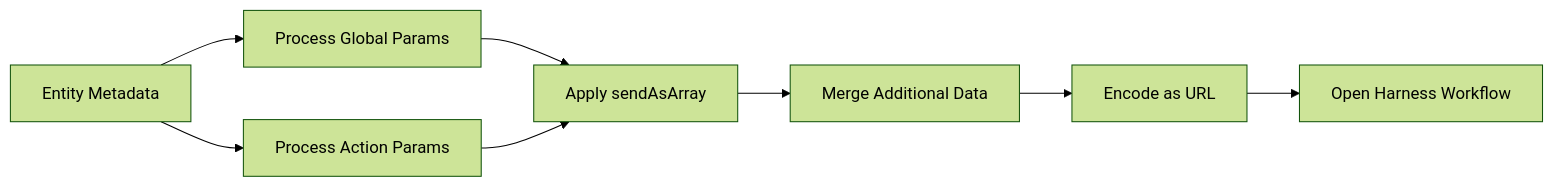
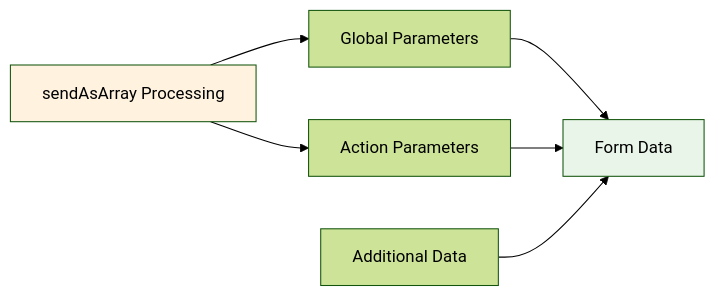
Before and after one commit to adiyaar24/Critical-Operations: the fourth of 4 diagrams in README.md, drawn with Mermaid (forest theme). The commit also changed other lines of this file and 3 other files, not shown here.

First line of the commit message:
feat: Remove legacy workflowUrl support and simplify API (BREAKING CHANGE)

````diff
--- a/README.md
+++ b/README.md
@@ -273,10 +246,12 @@
 ```mermaid
 flowchart LR
-    A[Entity Metadata] --> B[Process Global Params]
-    A --> C[Process Action Params]
-    B --> D[Apply sendAsArray]
-    C --> D
-    D --> E[Merge Additional Data]
-    E --> F[Encode as URL]
-    F --> G[Open Harness Workflow]
+    A[Global Parameters] --> D[Form Data]
+    B[Action Parameters] --> D
+    C[Additional Data] --> D
+    
+    E[sendAsArray Processing] --> A
+    E --> B
+    
+    style D fill:#e8f5e8
+    style E fill:#fff3e0
 ```
````
